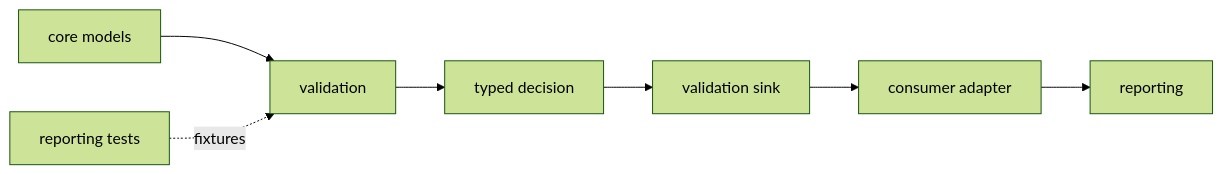
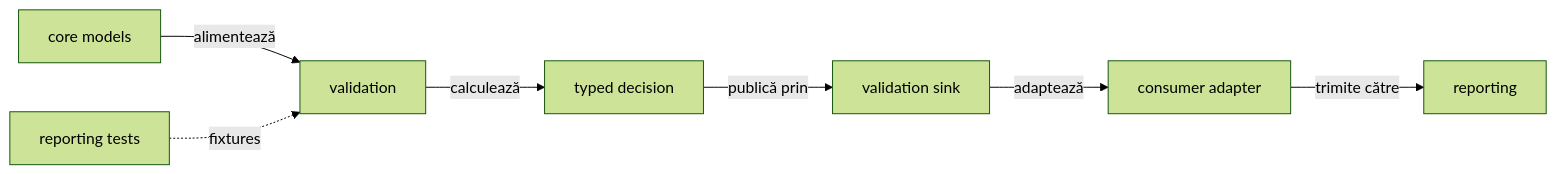
One commit to crististefanita/demo2 changed the first of 2 diagrams in atf-validation/README.md. Above: the diagram before and after it, drawn with Mermaid (forest theme). The commit also changed 102 other files, not shown here.

````diff
--- a/atf-validation/README.md
+++ b/atf-validation/README.md
@@ -22,9 +22,9 @@
 ```mermaid
 flowchart LR
-    Core[core models] --> Validation[validation]
+    Core[core models] -->|alimentează| Validation[validation]
     Tests[reporting tests] -. fixtures .-> Validation
-    Validation --> Decision[typed decision]
-    Decision --> Sink[validation sink]
-    Sink --> Adapter[consumer adapter]
-    Adapter --> Reporting[reporting]
+    Validation -->|calculează| Decision[typed decision]
+    Decision -->|publică prin| Sink[validation sink]
+    Sink -->|adaptează| Adapter[consumer adapter]
+    Adapter -->|trimite către| Reporting[reporting]
 ```
````
